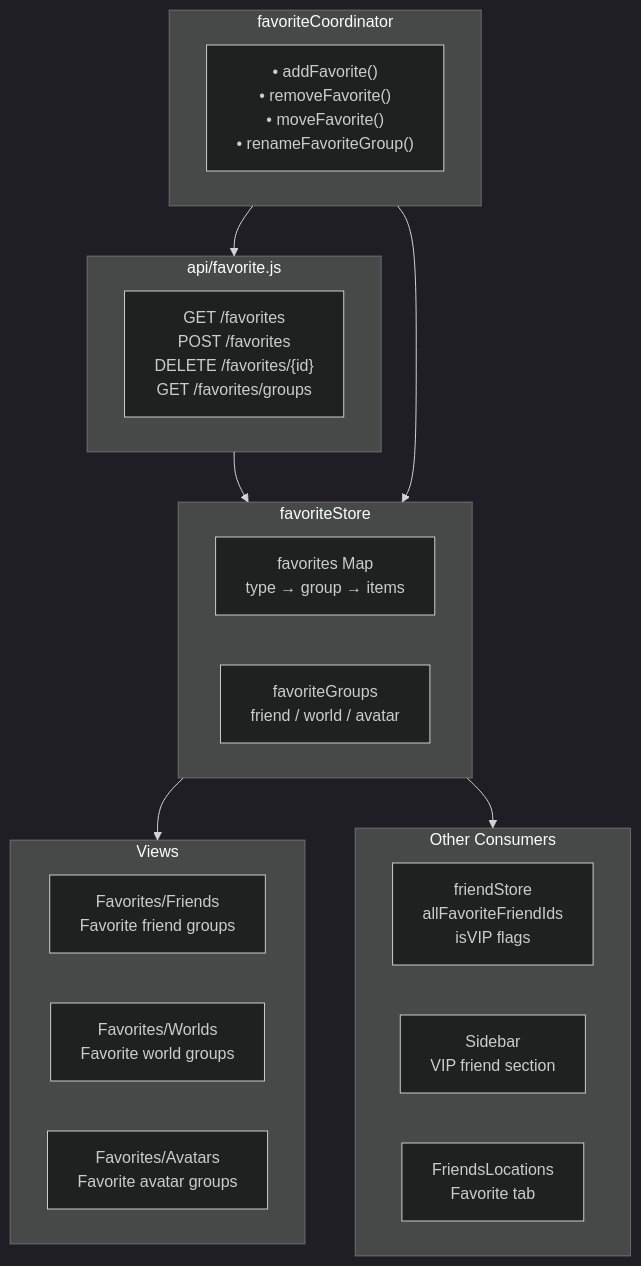
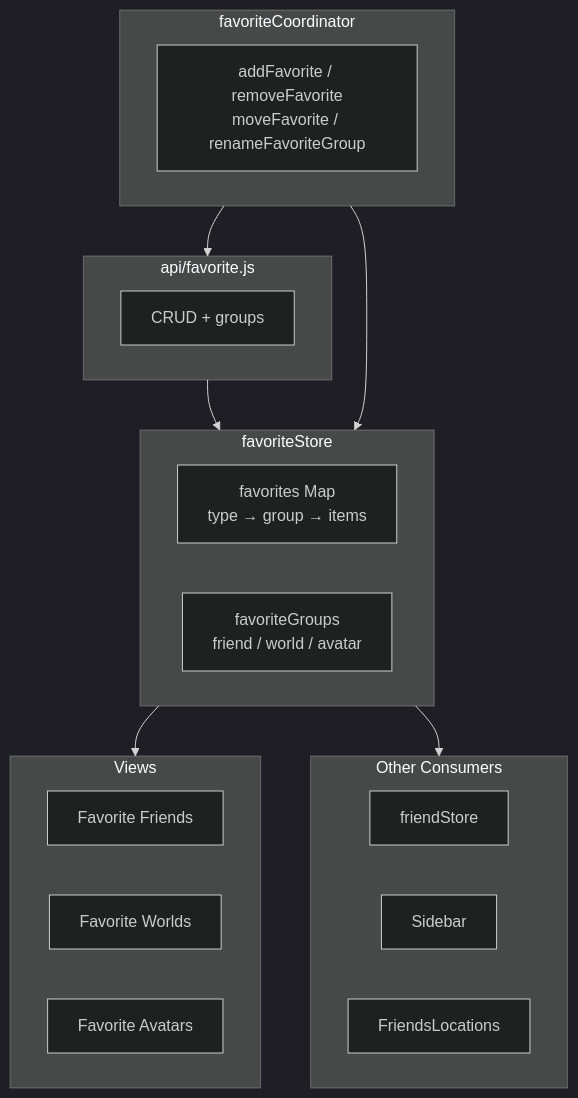
Before and after one commit to Map1en/vrcx-docs: the first of 2 diagrams in en/modules/favorite-system.md, drawn with Mermaid (dark theme). The commit also changed 16 other files, not shown here.

````diff
--- a/en/modules/favorite-system.md
+++ b/en/modules/favorite-system.md
@@ -5,33 +5,33 @@
 ```mermaid
 graph TD
     subgraph Store["favoriteStore"]
         favorites["favorites Map<br/>type → group → items"]
         groups["favoriteGroups<br/>friend / world / avatar"]
     end
 
     subgraph Coordinator["favoriteCoordinator"]
-        ops["• addFavorite()<br/>• removeFavorite()<br/>• moveFavorite()<br/>• renameFavoriteGroup()"]
+        ops["addFavorite / removeFavorite<br/>moveFavorite / renameFavoriteGroup"]
     end
 
     subgraph API["api/favorite.js"]
-        endpoints["GET /favorites<br/>POST /favorites<br/>DELETE /favorites/{id}<br/>GET /favorites/groups"]
+        endpoints["CRUD + groups"]
     end
 
     subgraph Views
-        favFriends["Favorites/Friends<br/>Favorite friend groups"]
-        favWorlds["Favorites/Worlds<br/>Favorite world groups"]
-        favAvatars["Favorites/Avatars<br/>Favorite avatar groups"]
+        favFriends["Favorite Friends"]
+        favWorlds["Favorite Worlds"]
+        favAvatars["Favorite Avatars"]
     end
 
     subgraph Consumers["Other Consumers"]
-        friendStore["friendStore<br/>allFavoriteFriendIds<br/>isVIP flags"]
-        sidebar["Sidebar<br/>VIP friend section"]
-        locations["FriendsLocations<br/>Favorite tab"]
+        friendStore["friendStore"]
+        sidebar["Sidebar"]
+        locations["FriendsLocations"]
     end
 
     API --> Store
     Coordinator --> Store
     Coordinator --> API
     Store --> Views
     Store --> Consumers
 ```
````
